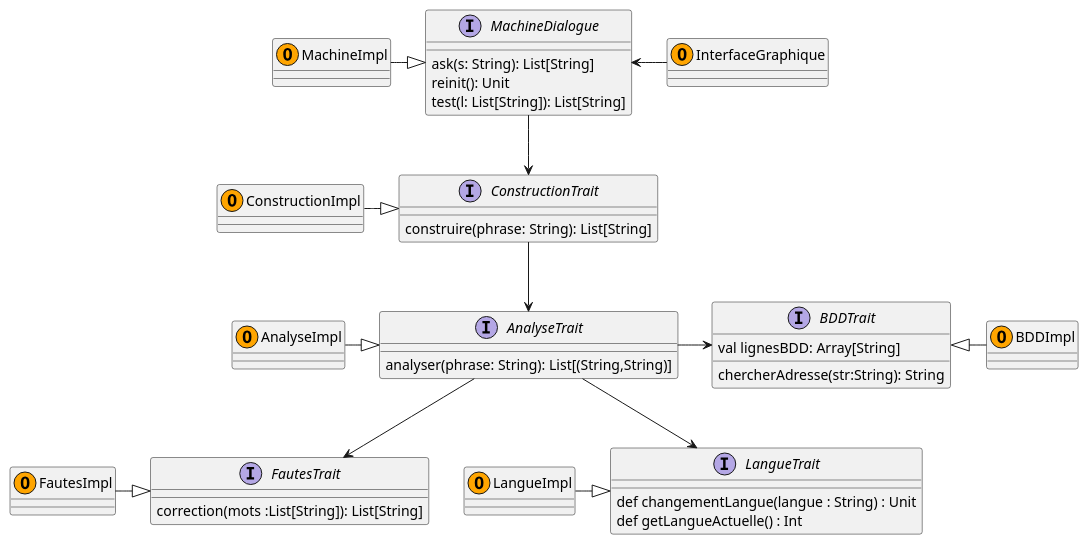
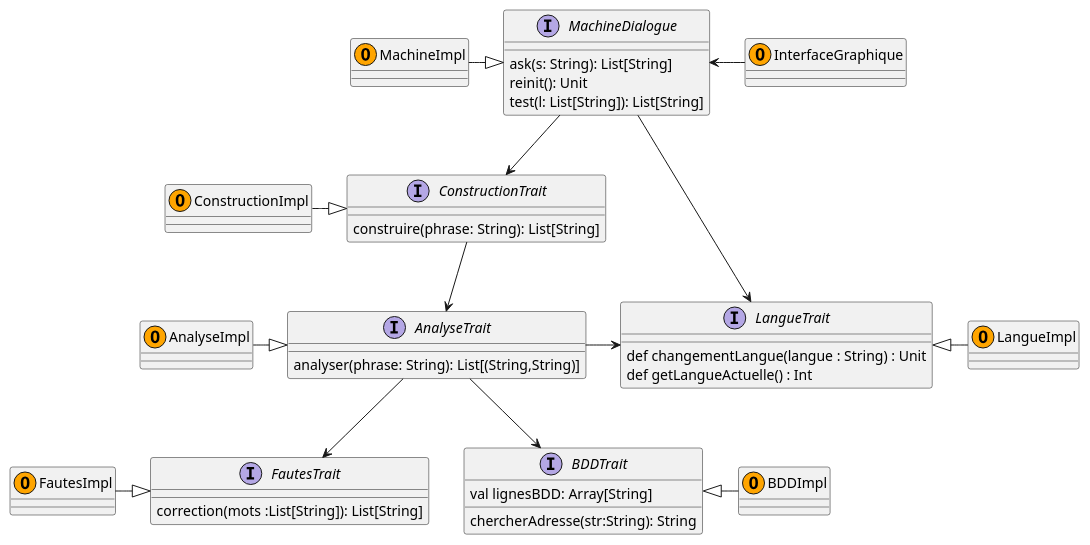
The diagram in src/main/scala/diagramme/diag_imp.plantuml (mathisglt/AvatarBacchus), drawn with PlantUML before and after one commit.

Commit message:
diagramme final ??

```diff
--- a/src/main/scala/diagramme/diag_imp.plantuml
+++ b/src/main/scala/diagramme/diag_imp.plantuml
@@ -1,58 +1,60 @@
 @startuml Avatar
 
 interface BDDTrait{
 	val lignesBDD: Array[String]
 	chercherAdresse(str:String): String
 }
 
 interface MachineDialogue {
 	ask(s: String): List[String]
 	reinit(): Unit
 	test(l: List[String]): List[String]
 }
 
 interface ConstructionTrait{
 	construire(phrase: String): List[String]
 }
 
 interface InterfaceGraphique{
 
 }
 
 interface FautesTrait{
 	correction(mots :List[String]): List[String]
 }
 
 interface AnalyseTrait{
 	analyser(phrase: String): List[(String,String)]
 }
 
 interface LangueTrait{
 	def changementLangue(langue : String) : Unit
 	def getLangueActuelle() : Int
 }
 
 
 class MachineImpl <<(O,Orange)>>
 class InterfaceGraphique <<(O,Orange)>>
 class ConstructionImpl <<(O,Orange)>>
 class AnalyseImpl <<(O,Orange)>>
 class BDDImpl <<(O,Orange)>>
 class FautesImpl <<(O,Orange)>>
 class LangueImpl <<(O,Orange)>>
 
 MachineImpl -|> MachineDialogue
 BDDTrait <|-  BDDImpl
 ConstructionImpl -|>  ConstructionTrait
 AnalyseImpl -|>  AnalyseTrait
 FautesImpl -|> FautesTrait
-LangueImpl -|> LangueTrait
+LangueTrait <|-  LangueImpl
 
 MachineDialogue --> ConstructionTrait
 MachineDialogue <- InterfaceGraphique
 ConstructionTrait --> AnalyseTrait
-AnalyseTrait -> BDDTrait
-AnalyseTrait --> LangueTrait
+
+AnalyseTrait -> LangueTrait
 AnalyseTrait --> FautesTrait
+AnalyseTrait --> BDDTrait
+MachineDialogue --> LangueTrait
 
 @enduml
```
